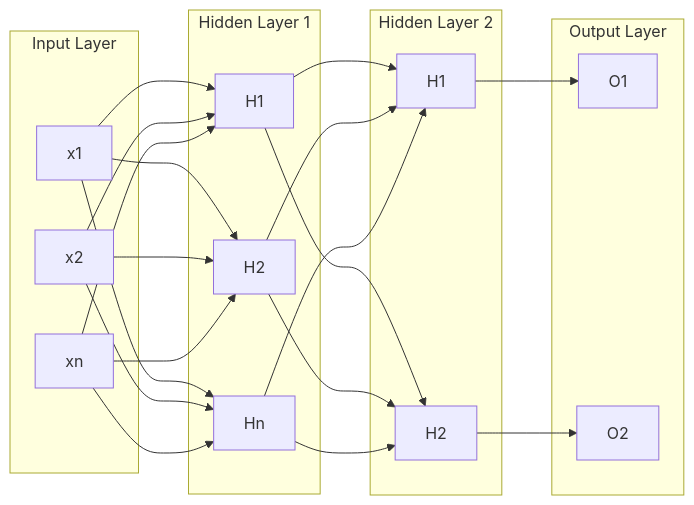
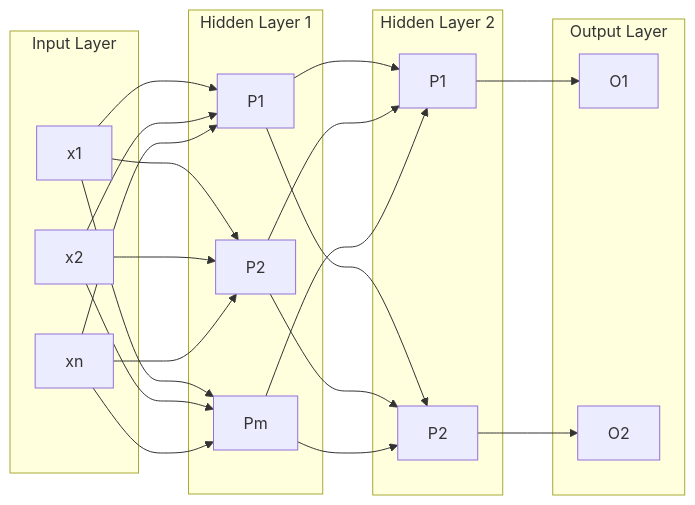
One commit to elaplas/autograd changed the fifth of 5 diagrams in README.md. Above: the diagram before and after it, drawn with Mermaid. The commit also changed other lines of this file and 2 other files, not shown here.

````diff
--- a/README.md
+++ b/README.md
@@ -82,48 +88,48 @@
 ```mermaid
 graph LR;
     subgraph Input Layer
         X1[x1]
         X2[x2]
         Xn[xn]
     end
 
     subgraph Hidden Layer 1
-        H1[H1]
-        H2[H2]
-        Hn[Hn]
+        H1[P1]
+        H2[P2]
+        Hn[Pm]
     end
 
     subgraph Hidden Layer 2
-        G1[H1]
-        G2[H2]
+        G1[P1]
+        G2[P2]
     end
 
     subgraph Output Layer
         O1[O1]
         O2[O2]
     end
 
     X1 --> H1
     X1 --> H2
     X1 --> Hn
 
     X2 --> H1
     X2 --> H2
     X2 --> Hn
 
     Xn --> H1
     Xn --> H2
     Xn --> Hn
 
     H1 --> G1
     H1 --> G2
 
     H2 --> G1
     H2 --> G2
 
     Hn --> G1
     Hn --> G2
 
     G1 --> O1
     G2 --> O2
 ```
````
